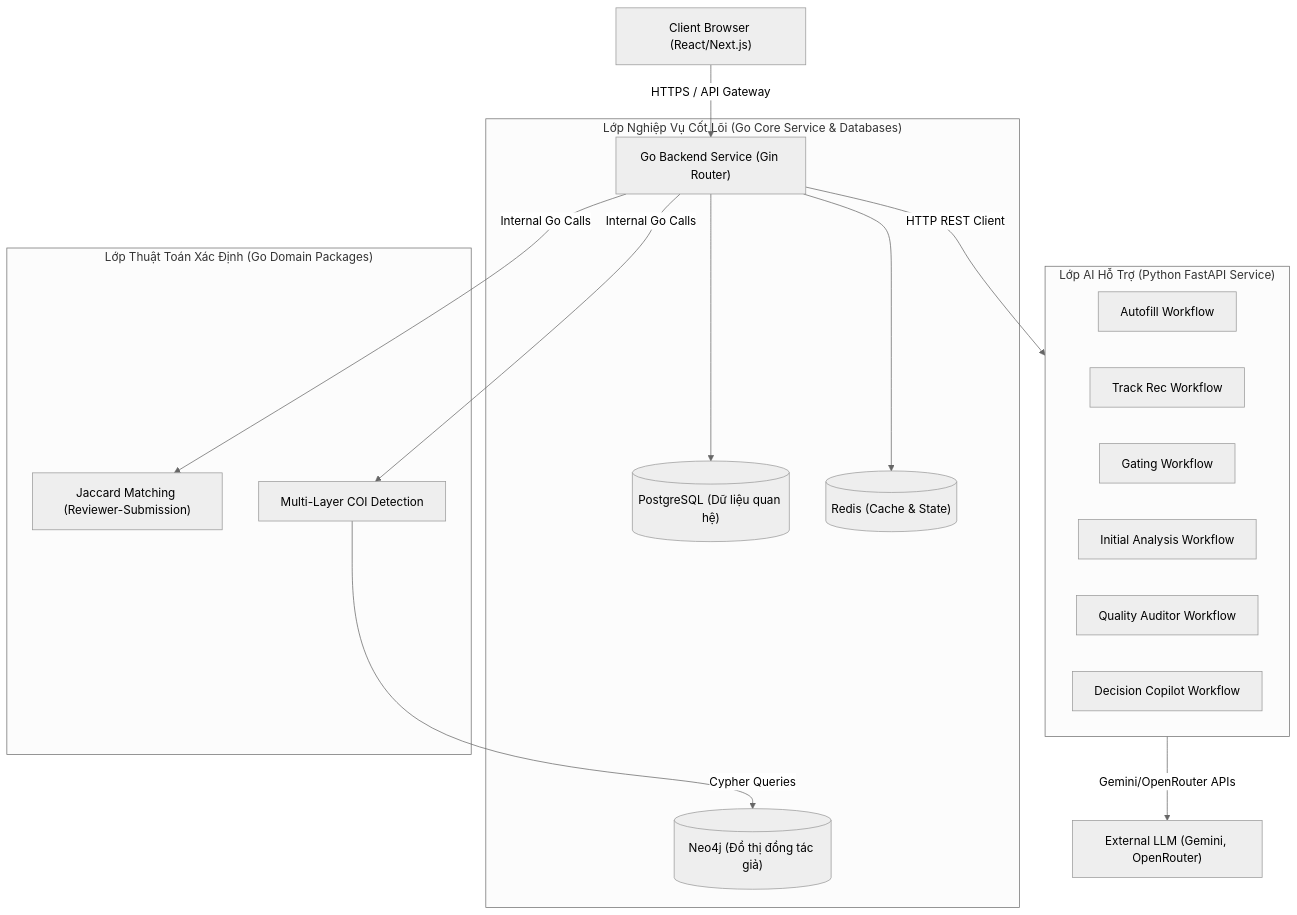
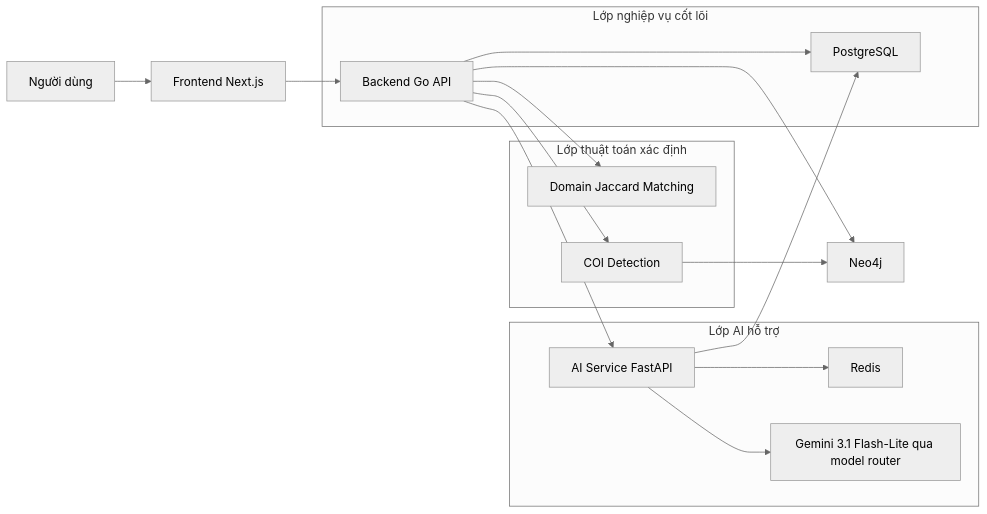
One commit to 5CLCsCan/ConferenceSpace changed the first of 13 diagrams in docs/report/compiled/final_combined/03-xay-dung-he-thong.md. Above: the diagram before and after it, drawn with Mermaid (neutral theme). The commit also changed other lines of this file and 2 other files, not shown here.

````diff
--- a/docs/report/compiled/final_combined/03-xay-dung-he-thong.md
+++ b/docs/report/compiled/final_combined/03-xay-dung-he-thong.md
@@ -15,36 +17,31 @@
 ```mermaid
-graph TD
-    %% Định nghĩa các lớp phân tầng
-    subgraph Layer3 ["Lớp AI Hỗ Trợ (Python FastAPI Service)"]
-        AI_Autofill["Autofill Workflow"]
-        AI_Track["Track Rec Workflow"]
-        AI_Gating["Gating Workflow"]
-        AI_Briefing["Initial Analysis Workflow"]
-        AI_Audit["Quality Auditor Workflow"]
-        AI_Decision["Decision Copilot Workflow"]
+flowchart LR
+    U["Người dùng"] --> F["Frontend Next.js"]
+    F --> B["Backend Go API"]
+    B --> P["PostgreSQL"]
+    B --> N["Neo4j"]
+    B --> A["AI Service FastAPI"]
+    A --> R["Redis"]
+    A --> P
+    A --> L["Gemini 3.1 Flash-Lite qua model router"]
+
+    subgraph Core["Lớp nghiệp vụ cốt lõi"]
+        B
+        P
     end
 
-    subgraph Layer2 ["Lớp Thuật Toán Xác Định (Go Domain Packages)"]
-        Algo_Jaccard["Jaccard Matching (Reviewer-Submission)"]
-        Algo_COI["Multi-Layer COI Detection"]
+    subgraph Algorithm["Lớp thuật toán xác định"]
+        M["Domain Jaccard Matching"]
+        C["COI Detection"]
     end
 
-    subgraph Layer1 ["Lớp Nghiệp Vụ Cốt Lõi (Go Core Service & Databases)"]
-        Core_App["Go Backend Service (Gin Router)"]
-        DB_Postgres[("PostgreSQL (Dữ liệu quan hệ)")]
-        DB_Neo4j[("Neo4j (Đồ thị đồng tác giả)")]
-        DB_Redis[("Redis (Cache & State)")]
+    subgraph AI["Lớp AI hỗ trợ"]
+        A
+        L
+        R
     end
 
-    %% Mối liên kết tương tác
-    Browser["Client Browser (React/Next.js)"] -->|HTTPS / API Gateway| Core_App
-    Core_App --> DB_Postgres
-    Core_App --> DB_Redis
-    
-    Core_App -->|Internal Go Calls| Algo_Jaccard
-    Core_App -->|Internal Go Calls| Algo_COI
-    Algo_COI -->|Cypher Queries| DB_Neo4j
-    
-    Core_App -->|HTTP REST Client| Layer3
-    Layer3 -->|Gemini/OpenRouter APIs| LLM_Providers["External LLM (Gemini, OpenRouter)"]
+    B --> M
+    B --> C
+    C --> N
 ```
````
